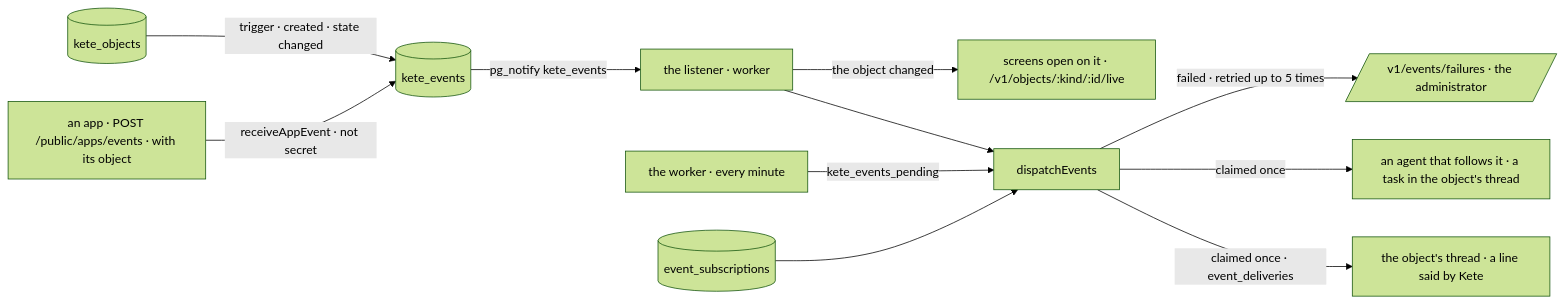
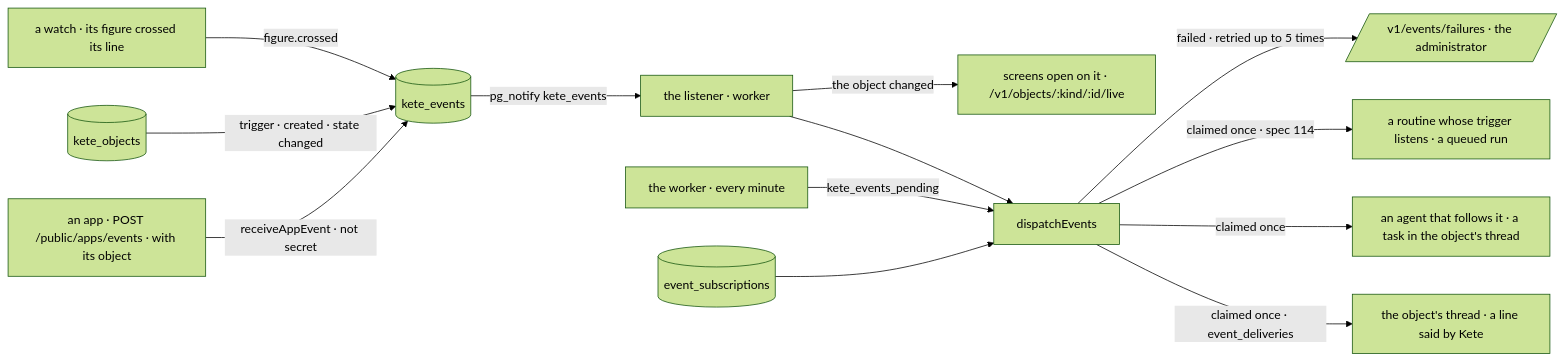
The diagram in apps/api/src/features/events/README.md (kete-africa/kete-enterprise), drawn with Mermaid (forest theme) before and after one commit. The commit also changed other lines of this file and 12 other files, not shown here.

First line of the commit message:
feat(events): routines and figure watches on the one event path (spec 114)

````diff
--- a/apps/api/src/features/events/README.md
+++ b/apps/api/src/features/events/README.md
@@ -7,13 +7,15 @@
 ```mermaid
 flowchart LR
   A[an app · POST /public/apps/events · with its object] -->|receiveAppEvent · not secret| L[(kete_events)]
   O[(kete_objects)] -->|trigger · created · state changed| L
   L -->|pg_notify kete_events| N[the listener · worker]
   W[the worker · every minute] -->|kete_events_pending| D
   N --> D[dispatchEvents]
   S[(event_subscriptions)] --> D
   D -->|claimed once · event_deliveries| T[the object's thread · a line said by Kete]
   D -->|claimed once| G[an agent that follows it · a task in the object's thread]
+  D -->|claimed once · spec 114| R[a routine whose trigger listens · a queued run]
+  C[a watch · its figure crossed its line] -->|figure.crossed| L
   N -->|the object changed| V[screens open on it · /v1/objects/:kind/:id/live]
   D -->|failed · retried up to 5 times| F[/v1/events/failures · the administrator/]
 ```
````
